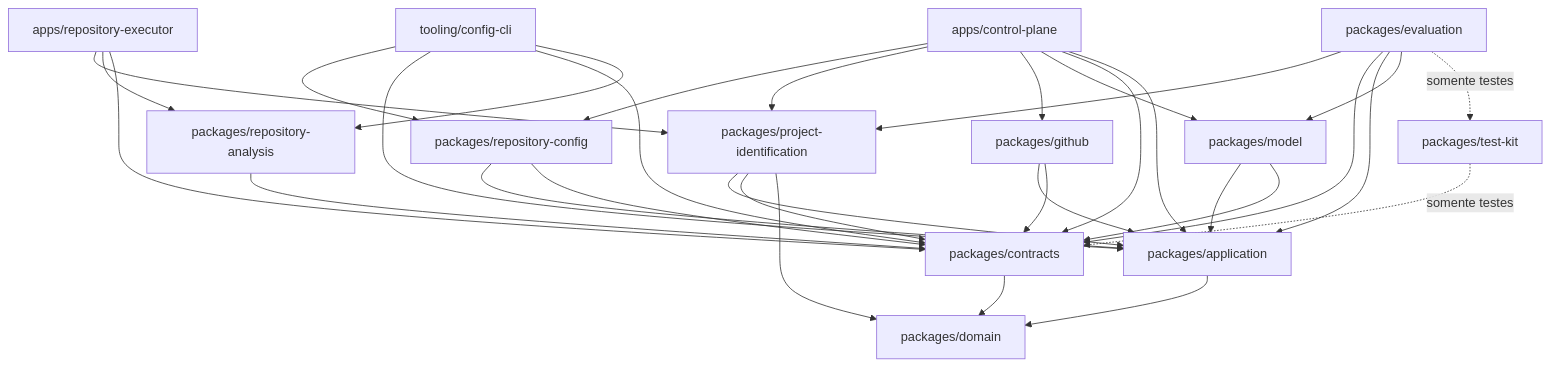
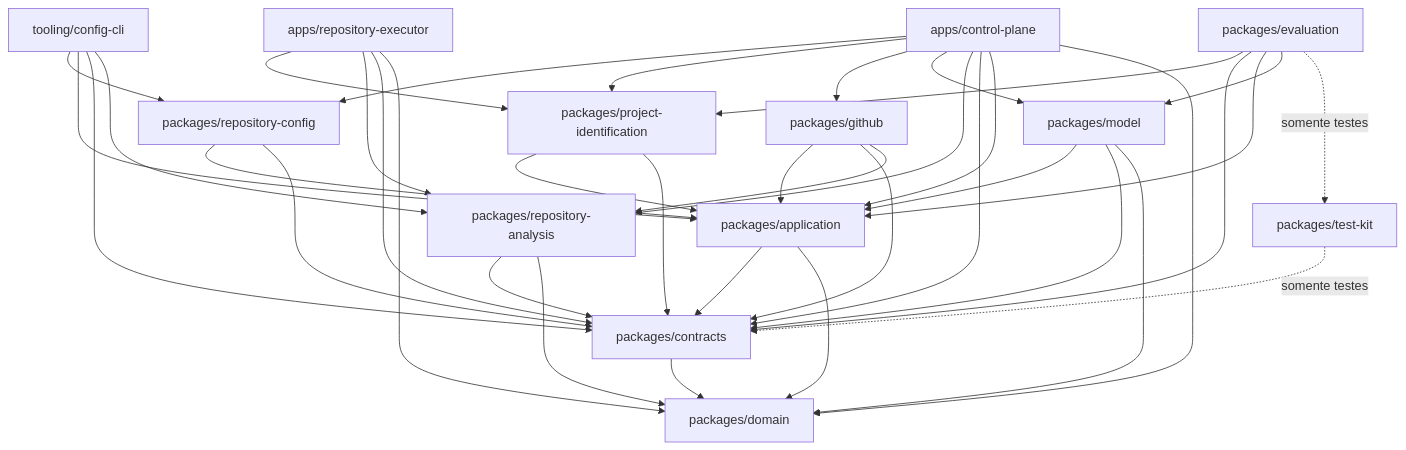
One commit to ThiagoCrepequer/holon changed the diagram in docs/architecture/technical-ecosystem.md. Above: the diagram before and after it, drawn with Mermaid. The commit also changed other lines of this file and 70 other files, not shown here.

````diff
--- a/docs/architecture/technical-ecosystem.md
+++ b/docs/architecture/technical-ecosystem.md
@@ -69,48 +84,54 @@
 ```mermaid
 flowchart TD
     CP[apps/control-plane]
     EX[apps/repository-executor]
     GH[packages/github]
     MO[packages/model]
     RA[packages/repository-analysis]
     PI[packages/project-identification]
     CT[packages/contracts]
     EV[packages/evaluation]
     AP[packages/application]
     DO[packages/domain]
     TK[packages/test-kit]
     RC[packages/repository-config]
     CLI[tooling/config-cli]
 
     CP --> RC
     CP --> PI
     EX --> PI
     EV --> PI
     RC --> AP
     RC --> CT
     CLI --> RC
     CLI --> AP
     CLI --> CT
     CLI --> RA
     CP --> GH
     CP --> MO
+    CP --> RA
     CP --> CT
     CP --> AP
+    CP --> DO
     EX --> RA
     EX --> CT
+    EX --> DO
     GH --> AP
     GH --> CT
+    GH --> RA
     MO --> AP
     MO --> CT
+    MO --> DO
     RA --> CT
+    RA --> DO
     PI --> AP
     PI --> CT
-    PI --> DO
     EV --> CT
     EV --> AP
     EV --> MO
     EV -. somente testes .-> TK
     CT --> DO
+    AP --> CT
     AP --> DO
     TK -. somente testes .-> CT
 ```
````
